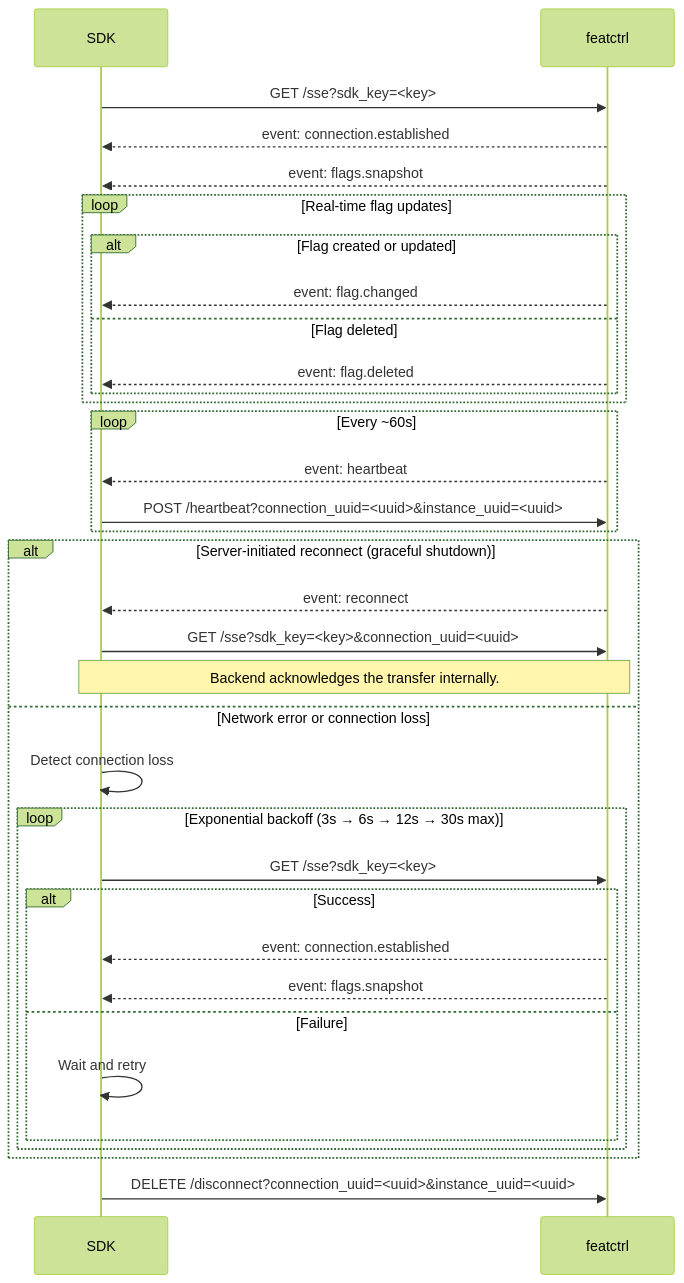
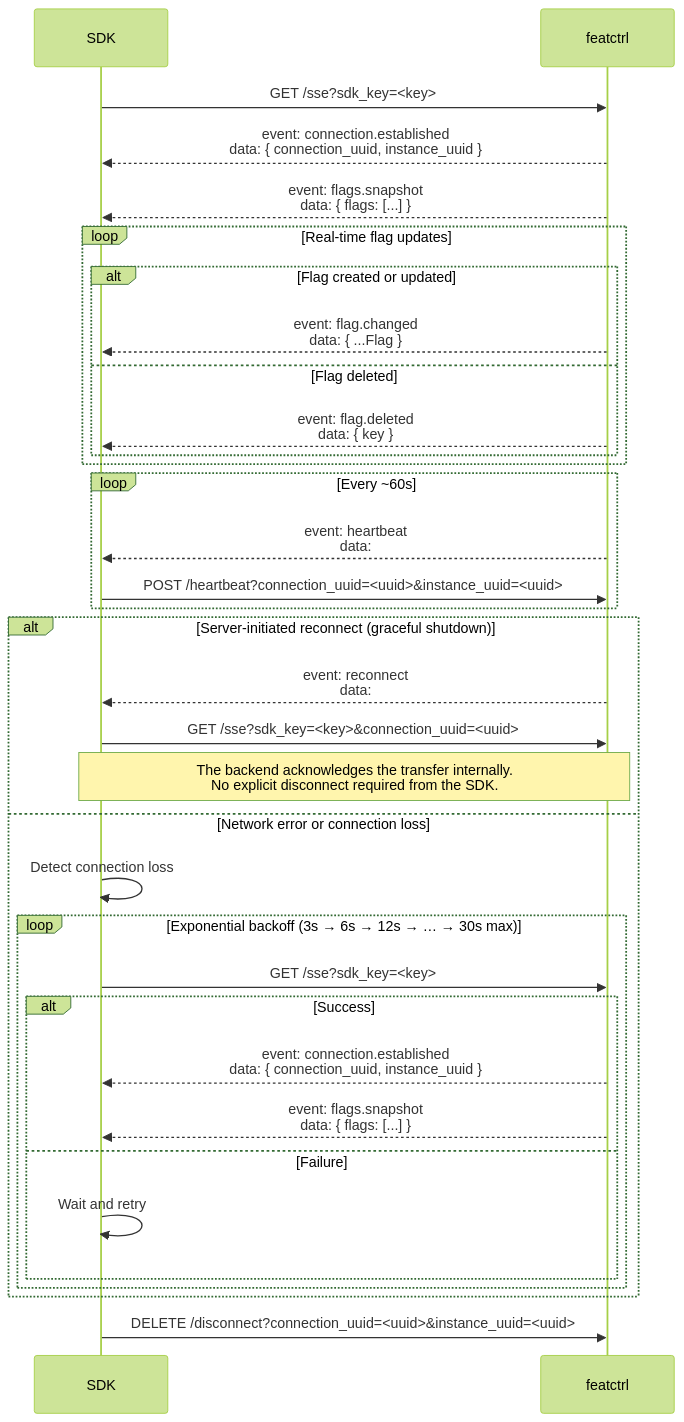
The diagram in SPECIFICATIONS.md (featctrl/sdk-spec), drawn with Mermaid (forest theme) before and after one commit.

Commit message:
Enhance specifications with data in event messages
Updated connection and event messages to include data payloads.

````diff
--- a/SPECIFICATIONS.md
+++ b/SPECIFICATIONS.md
@@ -1,46 +1,46 @@
 ```mermaid
 sequenceDiagram
     participant SDK
     participant Backend as featctrl
 
     %% Connection
     SDK->>Backend: GET /sse?sdk_key=<key>
-    Backend-->>SDK: event: connection.established
-    Backend-->>SDK: event: flags.snapshot
+    Backend-->>SDK: event: connection.established<br/>data: { connection_uuid, instance_uuid }
+    Backend-->>SDK: event: flags.snapshot<br/>data: { flags: [...] }
 
     %% Real-time updates
     loop Real-time flag updates
         alt Flag created or updated
-            Backend-->>SDK: event: flag.changed
+            Backend-->>SDK: event: flag.changed<br/>data: { ...Flag }
         else Flag deleted
-            Backend-->>SDK: event: flag.deleted
+            Backend-->>SDK: event: flag.deleted<br/>data: { key }
         end
     end
 
     %% Heartbeat
     loop Every ~60s
-        Backend-->>SDK: event: heartbeat
+        Backend-->>SDK: event: heartbeat<br/>data:
         SDK->>Backend: POST /heartbeat?connection_uuid=<uuid>&instance_uuid=<uuid>
     end
 
     %% Reconnection
     alt Server-initiated reconnect (graceful shutdown)
-        Backend-->>SDK: event: reconnect
+        Backend-->>SDK: event: reconnect<br/>data:
         SDK->>Backend: GET /sse?sdk_key=<key>&connection_uuid=<uuid>
-        Note over SDK,Backend: Backend acknowledges the transfer internally.
+        Note over SDK,Backend: The backend acknowledges the transfer internally.<br/>No explicit disconnect required from the SDK.
     else Network error or connection loss
         SDK->>SDK: Detect connection loss
-        loop Exponential backoff (3s → 6s → 12s → 30s max)
+        loop Exponential backoff (3s → 6s → 12s → … → 30s max)
             SDK->>Backend: GET /sse?sdk_key=<key>
             alt Success
-                Backend-->>SDK: event: connection.established
-                Backend-->>SDK: event: flags.snapshot
+                Backend-->>SDK: event: connection.established<br/>data: { connection_uuid, instance_uuid }
+                Backend-->>SDK: event: flags.snapshot<br/>data: { flags: [...] }
             else Failure
                 SDK->>SDK: Wait and retry
             end
         end
     end
 
     %% Clean disconnect
     SDK->>Backend: DELETE /disconnect?connection_uuid=<uuid>&instance_uuid=<uuid>
 ```
````
